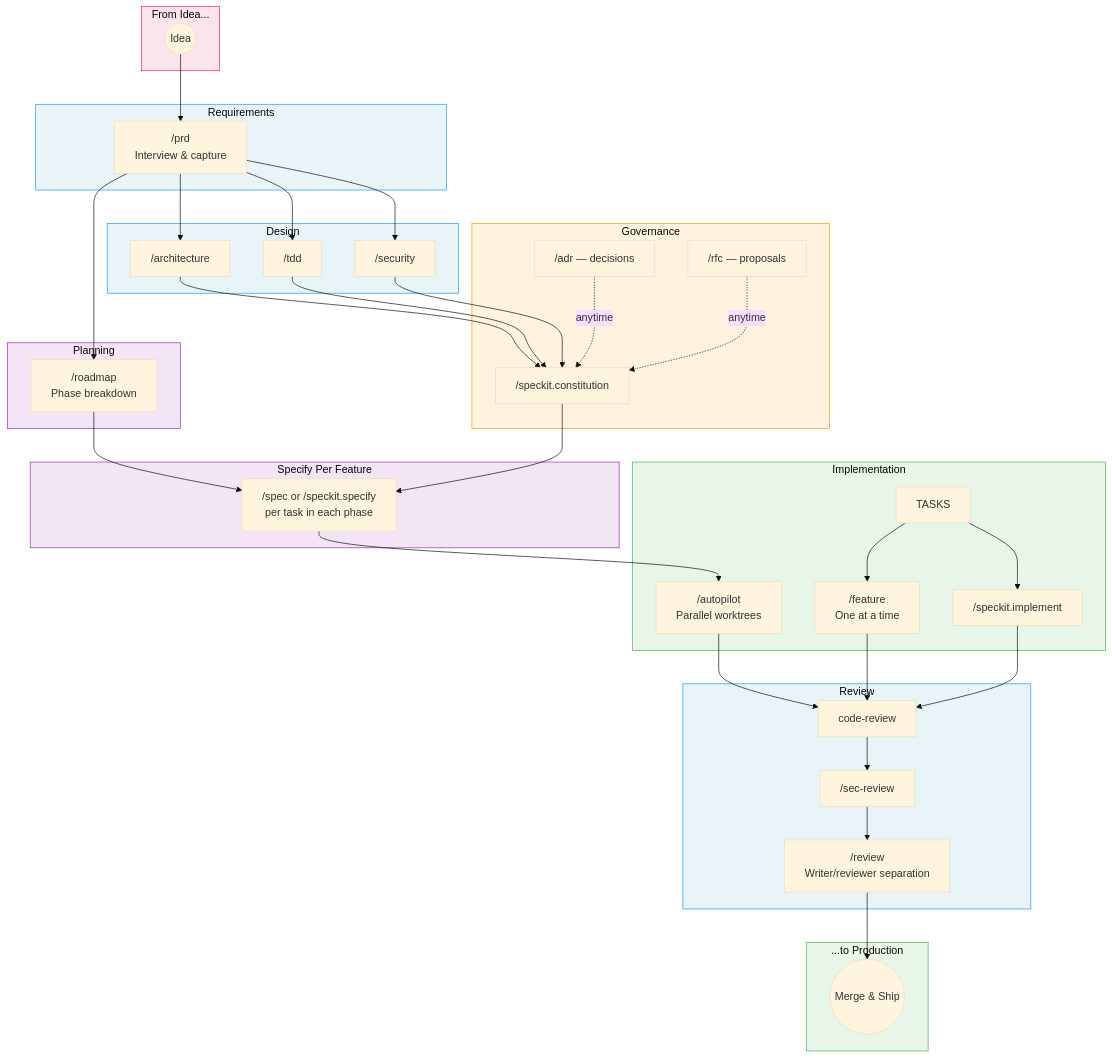
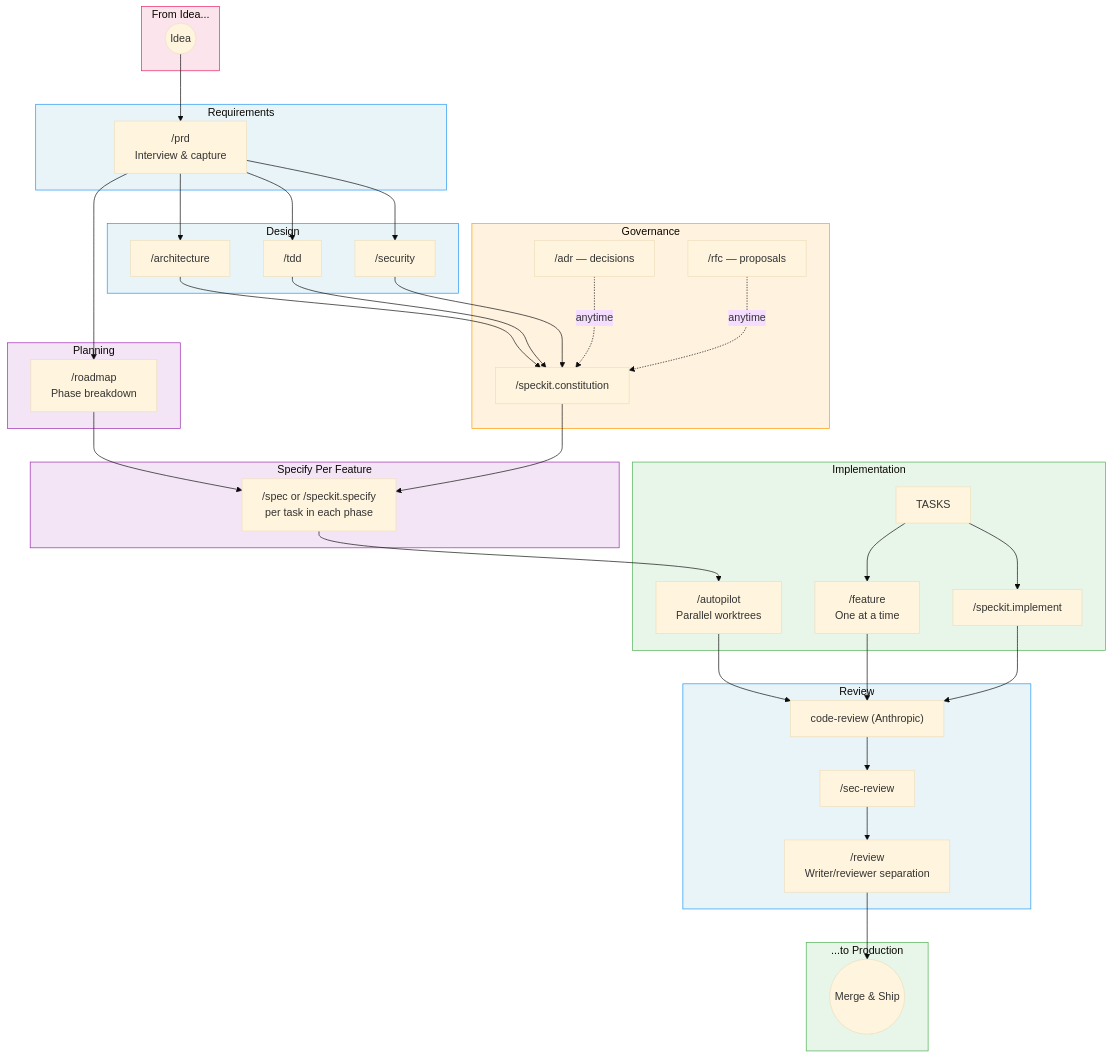
The fifth of 5 diagrams in docs/speckit-integration.md (0xrafasec/ai-workflow), drawn with Mermaid (base theme) before and after one commit. The commit also changed other lines of this file and 1 other file, not shown here.

First line of the commit message:
docs: disambiguate bare code-review references as Anthropic's skill

````diff
--- a/docs/speckit-integration.md
+++ b/docs/speckit-integration.md
@@ -345,61 +345,61 @@
 ```mermaid
 graph TB
     subgraph Idea ["From Idea..."]
         I((Idea))
     end
 
     subgraph Requirements ["Requirements"]
         I --> PRD["/prd<br/>Interview & capture"]
     end
 
     subgraph Design ["Design"]
         PRD --> ARCH["/architecture"]
         PRD --> TDD["/tdd"]
         PRD --> SEC["/security"]
     end
 
     subgraph Governance ["Governance"]
         ARCH --> CONST["/speckit.constitution"]
         TDD --> CONST
         SEC --> CONST
         ADR["/adr — decisions"] -.->|"anytime"| CONST
         RFC["/rfc — proposals"] -.->|"anytime"| CONST
     end
 
     subgraph Planning ["Planning"]
         PRD --> ROAD["/roadmap<br/>Phase breakdown"]
     end
 
     subgraph Specification ["Specify Per Feature"]
         ROAD --> SPEC["/spec or /speckit.specify<br/>per task in each phase"]
         CONST --> SPEC
     end
 
     subgraph Implementation ["Implementation"]
         SPEC --> AUTO["/autopilot<br/>Parallel worktrees"]
         TASKS --> FEAT["/feature<br/>One at a time"]
         TASKS --> IMPL["/speckit.implement"]
     end
 
     subgraph Review ["Review"]
-        AUTO --> CR["code-review"]
+        AUTO --> CR["code-review (Anthropic)"]
         FEAT --> CR
         IMPL --> CR
         CR --> SR["/sec-review"]
         SR --> REV["/review<br/>Writer/reviewer separation"]
     end
 
     subgraph Ship ["...to Production"]
         REV --> MERGE((Merge & Ship))
     end
 
     style Idea fill:#fce4ec,stroke:#E91E63
     style Requirements fill:#e8f4f8,stroke:#2196F3
     style Design fill:#e8f4f8,stroke:#2196F3
     style Governance fill:#fff3e0,stroke:#FF9800
     style Specification fill:#f3e5f5,stroke:#9C27B0
     style Planning fill:#f3e5f5,stroke:#9C27B0
     style Implementation fill:#e8f5e9,stroke:#4CAF50
     style Review fill:#e8f4f8,stroke:#2196F3
     style Ship fill:#e8f5e9,stroke:#4CAF50
 ```
````
